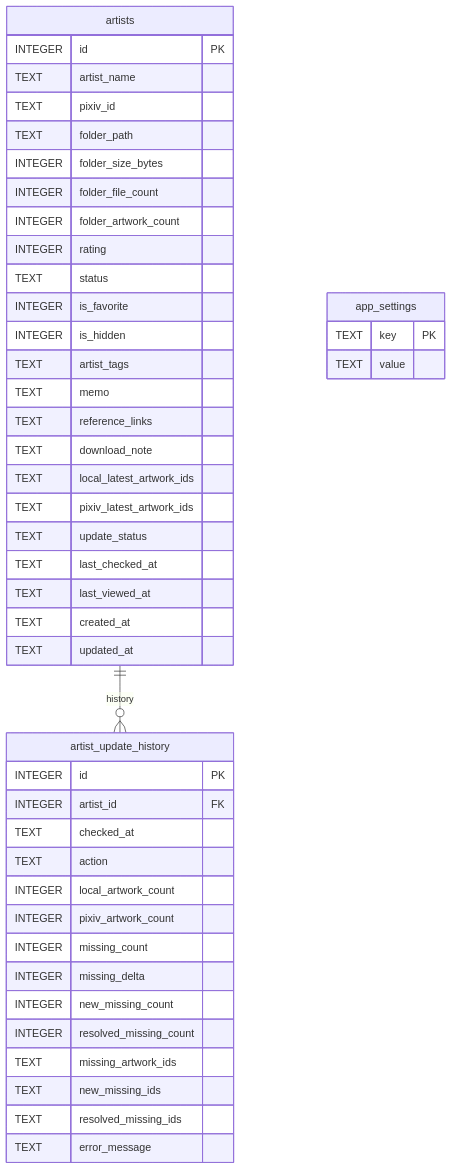
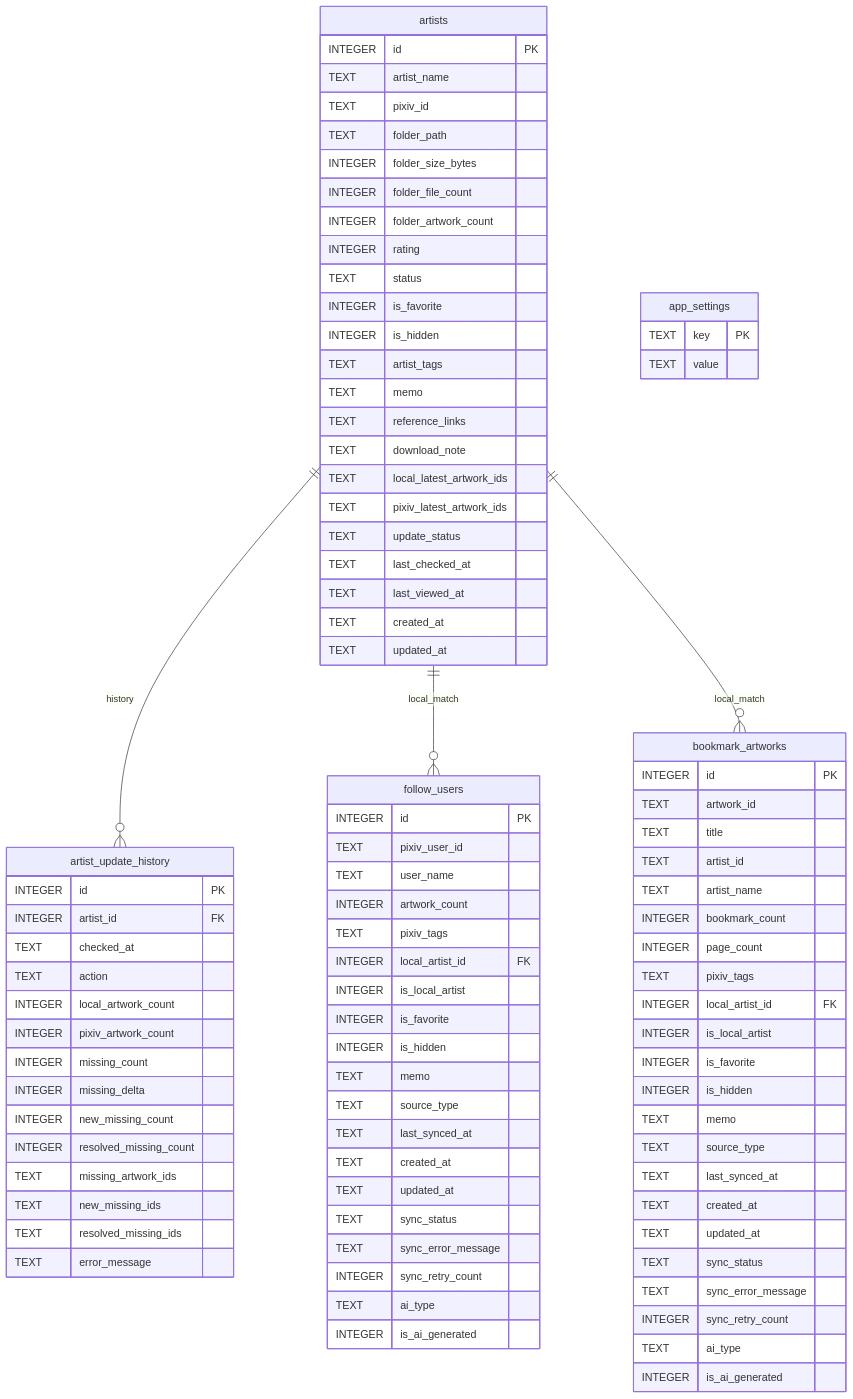
One commit to PKT0623/PixivLocalManager changed the diagram in docs/04_DATABASE.md. Above: the diagram before and after it, drawn with Mermaid. The commit also changed other lines of this file and 10 other files, not shown here.

````diff
--- a/docs/04_DATABASE.md
+++ b/docs/04_DATABASE.md
@@ -78,10 +88,59 @@
     TEXT error_message
 }
 
+follow_users {
+    INTEGER id PK
+    TEXT pixiv_user_id
+    TEXT user_name
+    INTEGER artwork_count
+    TEXT pixiv_tags
+    INTEGER local_artist_id FK
+    INTEGER is_local_artist
+    INTEGER is_favorite
+    INTEGER is_hidden
+    TEXT memo
+    TEXT source_type
+    TEXT last_synced_at
+    TEXT created_at
+    TEXT updated_at
+    TEXT sync_status
+    TEXT sync_error_message
+    INTEGER sync_retry_count
+    TEXT ai_type
+    INTEGER is_ai_generated
+}
+
+bookmark_artworks {
+    INTEGER id PK
+    TEXT artwork_id
+    TEXT title
+    TEXT artist_id
+    TEXT artist_name
+    INTEGER bookmark_count
+    INTEGER page_count
+    TEXT pixiv_tags
+    INTEGER local_artist_id FK
+    INTEGER is_local_artist
+    INTEGER is_favorite
+    INTEGER is_hidden
+    TEXT memo
+    TEXT source_type
+    TEXT last_synced_at
+    TEXT created_at
+    TEXT updated_at
+    TEXT sync_status
+    TEXT sync_error_message
+    INTEGER sync_retry_count
+    TEXT ai_type
+    INTEGER is_ai_generated
+}
+
 app_settings {
     TEXT key PK
     TEXT value
 }
 
 artists ||--o{ artist_update_history : history
+artists ||--o{ follow_users : local_match
+artists ||--o{ bookmark_artworks : local_match
 ```
````
